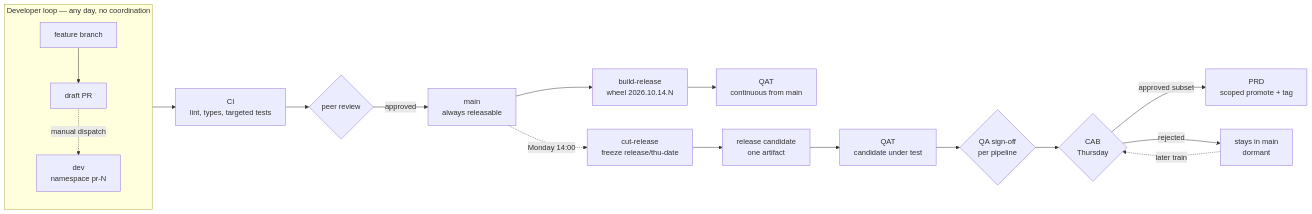
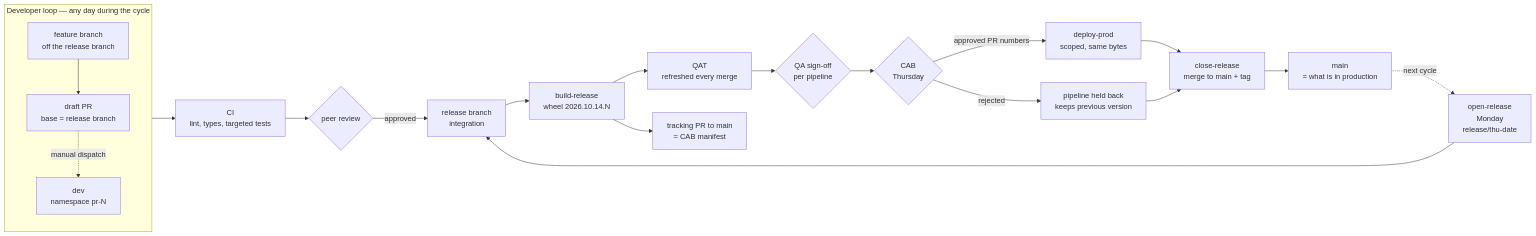
The first of 6 diagrams in docs/workflow-diagrams.md (vkriskanth/dataops-test), drawn with Mermaid before and after one commit. The commit also changed other lines of this file and 10 other files, not shown here.

````diff
--- a/docs/workflow-diagrams.md
+++ b/docs/workflow-diagrams.md
@@ -15,27 +16,32 @@
 ```mermaid
 flowchart LR
-    subgraph loop["Developer loop — any day, no coordination"]
+    OPEN["open-release<br/>Monday<br/>release/thu-date"] --> REL
+
+    subgraph loop["Developer loop — any day during the cycle"]
         direction TB
-        FB["feature branch"]
-        DPR["draft PR"]
+        FB["feature branch<br/>off the release branch"]
+        DPR["draft PR<br/>base = release branch"]
         DEVENV["dev<br/>namespace pr-N"]
         FB --> DPR
         DPR -. "manual dispatch" .-> DEVENV
     end
 
     loop --> CI["CI<br/>lint, types, targeted tests"]
     CI --> REV{"peer review"}
-    REV -- approved --> MAIN["main<br/>always releasable"]
+    REV -- approved --> REL["release branch<br/>integration"]
 
-    MAIN --> BUILD["build-release<br/>wheel 2026.10.14.N"]
-    BUILD --> QATC["QAT<br/>continuous from main"]
+    REL --> BUILD["build-release<br/>wheel 2026.10.14.N"]
+    BUILD --> QAT["QAT<br/>refreshed every merge"]
+    BUILD --> MANI["tracking PR to main<br/>= CAB manifest"]
 
-    MAIN -. "Monday 14:00" .-> CUT["cut-release<br/>freeze release/thu-date"]
-    CUT --> RC["release candidate<br/>one artifact"]
-    RC --> QATR["QAT<br/>candidate under test"]
-    QATR --> QA{"QA sign-off<br/>per pipeline"}
+    QAT --> QA{"QA sign-off<br/>per pipeline"}
     QA --> CAB{"CAB<br/>Thursday"}
-    CAB -- "approved subset" --> PROD["PRD<br/>scoped promote + tag"]
-    CAB -- rejected --> DORM["stays in main<br/>dormant"]
-    DORM -. "later train" .-> CAB
+
+    CAB -- "approved PR numbers" --> PROD["deploy-prod<br/>scoped, same bytes"]
+    CAB -- "rejected" --> HELD["pipeline held back<br/>keeps previous version"]
+
+    PROD --> CLOSE["close-release<br/>merge to main + tag"]
+    HELD --> CLOSE
+    CLOSE --> MAIN["main<br/>= what is in production"]
+    MAIN -. "next cycle" .-> OPEN
 ```
````
